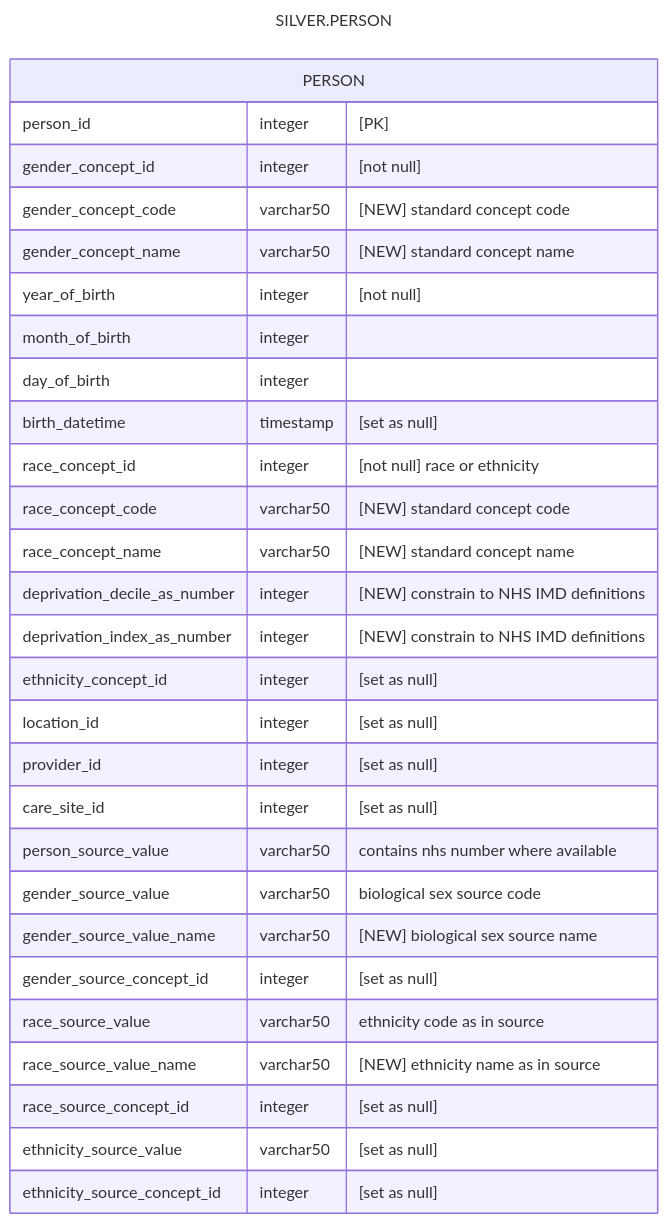
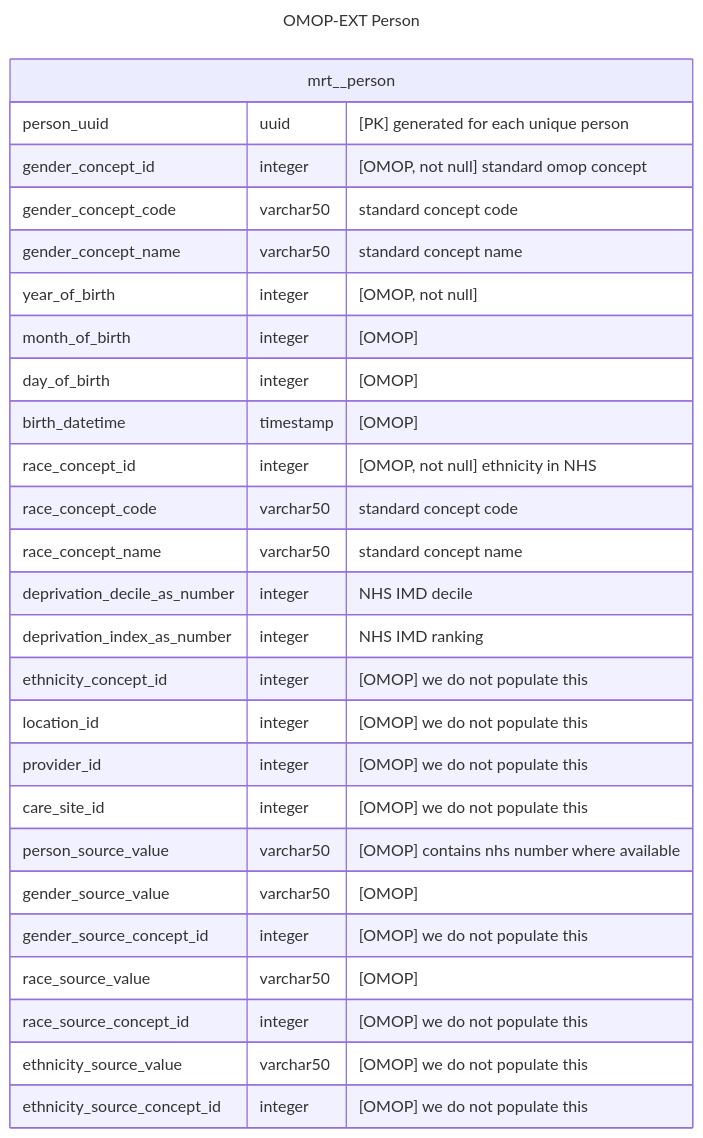
Before and after one commit to d3london/sde_aic_external_docs: the fourth of 5 diagrams in src/pages/data_model/cdm_person.qmd, drawn with Mermaid. The commit also changed other lines of this file, not shown here.

Commit message:
updated person data models

````diff
--- a/src/pages/data_model/cdm_person.qmd
+++ b/src/pages/data_model/cdm_person.qmd
@@ -42,34 +124,32 @@
 ```{mermaid}
 ---
-title: SILVER.PERSON
+title: OMOP-EXT Person
 ---
 erDiagram
-    PERSON {
-        person_id integer "[PK]"
-        gender_concept_id integer "[not null]"
-        gender_concept_code varchar50 "[NEW] standard concept code"
-        gender_concept_name varchar50 "[NEW] standard concept name"
-        year_of_birth integer "[not null]"
-        month_of_birth integer
-        day_of_birth integer
-        birth_datetime timestamp "[set as null]"
-        race_concept_id integer "[not null] race or ethnicity"
-        race_concept_code varchar50 "[NEW] standard concept code"
-        race_concept_name varchar50 "[NEW] standard concept name"
-        deprivation_decile_as_number integer "[NEW] constrain to NHS IMD definitions"       
-        deprivation_index_as_number integer "[NEW] constrain to NHS IMD definitions"
-        ethnicity_concept_id integer "[set as null]"
-        location_id integer "[set as null]"
-        provider_id integer "[set as null]"
-        care_site_id integer "[set as null]"
-        person_source_value varchar50 "contains nhs number where available"
-        gender_source_value varchar50 "biological sex source code"
-        gender_source_value_name varchar50 "[NEW] biological sex source name"
-        gender_source_concept_id integer "[set as null]"
-        race_source_value varchar50 "ethnicity code as in source"
-        race_source_value_name varchar50 "[NEW] ethnicity name as in source"
-        race_source_concept_id integer "[set as null]"
-        ethnicity_source_value varchar50 "[set as null]"
-        ethnicity_source_concept_id integer "[set as null]"    
+    mrt__person {
+        person_uuid uuid "[PK] generated for each unique person"
+        gender_concept_id integer "[OMOP, not null] standard omop concept"
+        gender_concept_code varchar50 "standard concept code"
+        gender_concept_name varchar50 "standard concept name"
+        year_of_birth integer "[OMOP, not null]"
+        month_of_birth integer "[OMOP]"
+        day_of_birth integer "[OMOP]"
+        birth_datetime timestamp "[OMOP]"
+        race_concept_id integer "[OMOP, not null] ethnicity in NHS"
+        race_concept_code varchar50 "standard concept code"
+        race_concept_name varchar50 "standard concept name"
+        deprivation_decile_as_number integer "NHS IMD decile"       
+        deprivation_index_as_number integer "NHS IMD ranking"
+        ethnicity_concept_id integer "[OMOP] we do not populate this"
+        location_id integer "[OMOP] we do not populate this"
+        provider_id integer "[OMOP] we do not populate this"
+        care_site_id integer "[OMOP] we do not populate this"
+        person_source_value varchar50 "[OMOP] contains nhs number where available"
+        gender_source_value varchar50 "[OMOP]"
+        gender_source_concept_id integer "[OMOP] we do not populate this"
+        race_source_value varchar50 "[OMOP]"
+        race_source_concept_id integer "[OMOP] we do not populate this"
+        ethnicity_source_value varchar50 "[OMOP] we do not populate this"
+        ethnicity_source_concept_id integer "[OMOP] we do not populate this"   
     }
 ```
````
